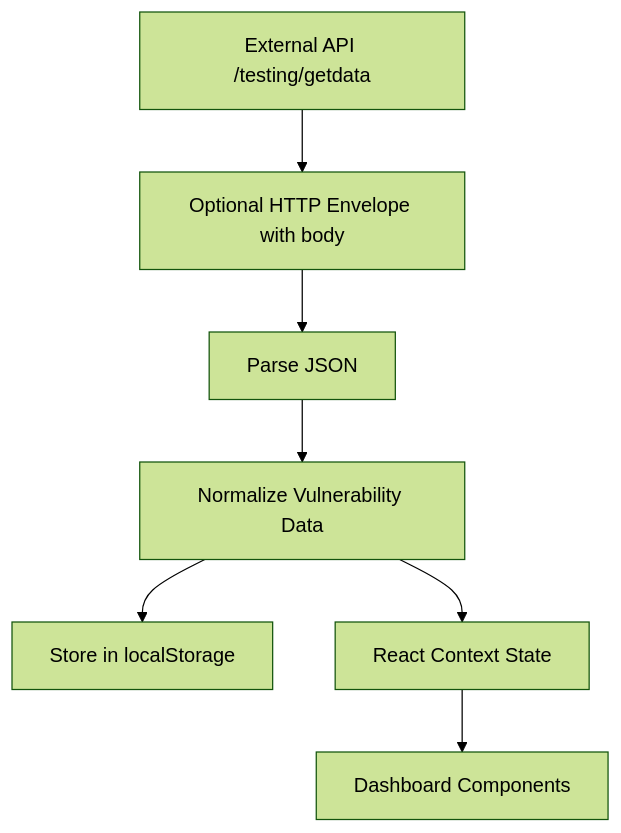
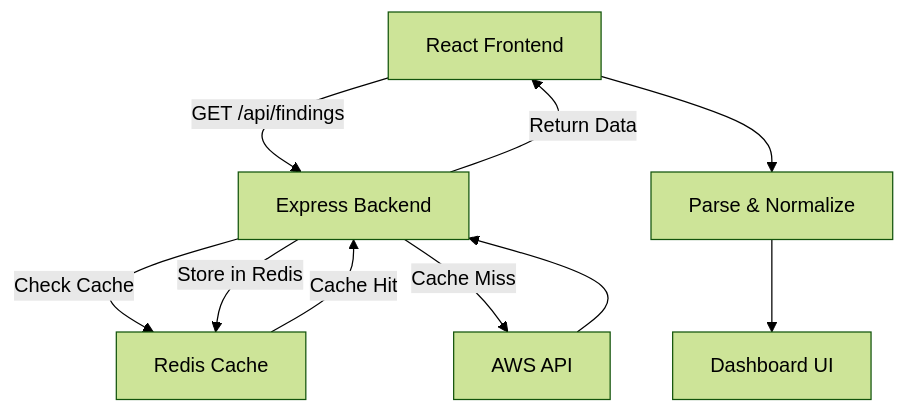
The fourth of 5 diagrams in README.md (InfraCrawlers/EVAPA-Dashboard), drawn with Mermaid (forest theme) before and after one commit. The commit also changed other lines of this file and 12 other files, not shown here.

````diff
--- a/README.md
+++ b/README.md
@@ -207,17 +268,19 @@
 ```mermaid
 flowchart TD
-  API[External API /testing/getdata]
-  HTTP_ENV[Optional HTTP Envelope with body]
-  PARSE[Parse JSON]
-  NORMALIZE[Normalize Vulnerability Data]
-  LS[Store in localStorage]
-  CONTEXT[React Context State]
-  UI[Dashboard Components]
+  React[React Frontend]
+  Backend[Express Backend]
+  Redis[Redis Cache]
+  AWS[AWS API]
+  Parse[Parse & Normalize]
+  UI[Dashboard UI]
 
-  API --> HTTP_ENV
-  HTTP_ENV --> PARSE
-  PARSE --> NORMALIZE
-  NORMALIZE --> LS
-  NORMALIZE --> CONTEXT
-  CONTEXT --> UI
+  React -->|GET /api/findings| Backend
+  Backend -->|Check Cache| Redis
+  Redis -->|Cache Hit| Backend
+  Backend -->|Cache Miss| AWS
+  AWS --> Backend
+  Backend -->|Store in Redis| Redis
+  Backend -->|Return Data| React
+  React --> Parse
+  Parse --> UI
 ```
````
